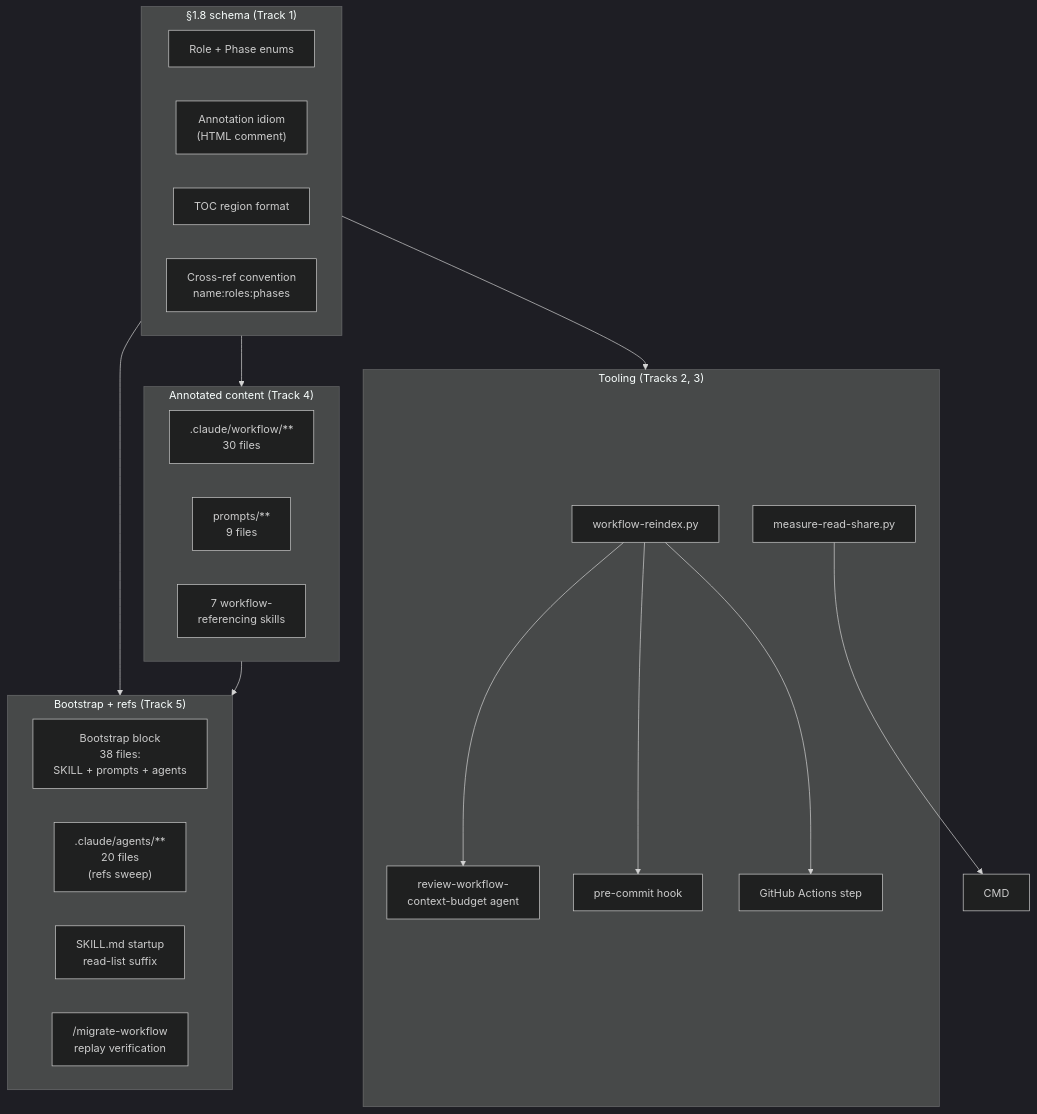
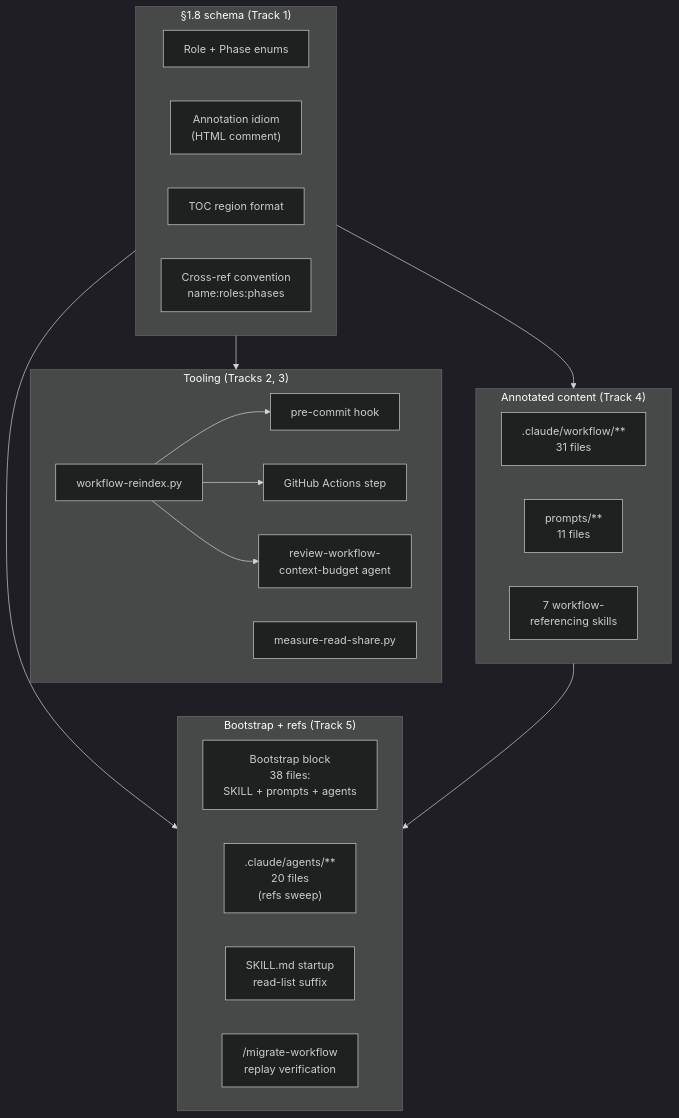
Before and after one commit to JetBrains/youtrackdb: the diagram in docs/adr/ytdb-1023-workflow-toc/_workflow/implementation-plan.md, drawn with Mermaid (dark theme). The commit also changed other lines of this file and 6 other files, not shown here.

````diff
--- a/docs/adr/ytdb-1023-workflow-toc/_workflow/implementation-plan.md
+++ b/docs/adr/ytdb-1023-workflow-toc/_workflow/implementation-plan.md
@@ -29,39 +29,38 @@
 ```mermaid
 flowchart TD
     subgraph Schema["§1.8 schema (Track 1)"]
         ENUMS["Role + Phase enums"]
         IDIOM["Annotation idiom<br/>(HTML comment)"]
         TOC["TOC region format"]
         XREF["Cross-ref convention<br/>name:roles:phases"]
     end
 
     subgraph Tooling["Tooling (Tracks 2, 3)"]
         REINDEX["workflow-reindex.py"]
         TELE["measure-read-share.py"]
         BUDGET["review-workflow-<br/>context-budget agent"]
         HOOK["pre-commit hook"]
         CI["GitHub Actions step"]
     end
 
     subgraph Annotated["Annotated content (Track 4)"]
-        WF[".claude/workflow/**<br/>30 files"]
-        PR["prompts/**<br/>9 files"]
+        WF[".claude/workflow/**<br/>31 files"]
+        PR["prompts/**<br/>11 files"]
         SK["7 workflow-<br/>referencing skills"]
     end
 
     subgraph Tail["Bootstrap + refs (Track 5)"]
         BS["Bootstrap block<br/>38 files:<br/>SKILL + prompts + agents"]
         AG[".claude/agents/**<br/>20 files<br/>(refs sweep)"]
         SKR["SKILL.md startup<br/>read-list suffix"]
         MIG["/migrate-workflow<br/>replay verification"]
     end
 
     Schema --> Tooling
     Schema --> Annotated
     Schema --> Tail
     REINDEX --> HOOK
     REINDEX --> CI
     REINDEX --> BUDGET
     Annotated --> Tail
-    TELE --> CMD
 ```
````
